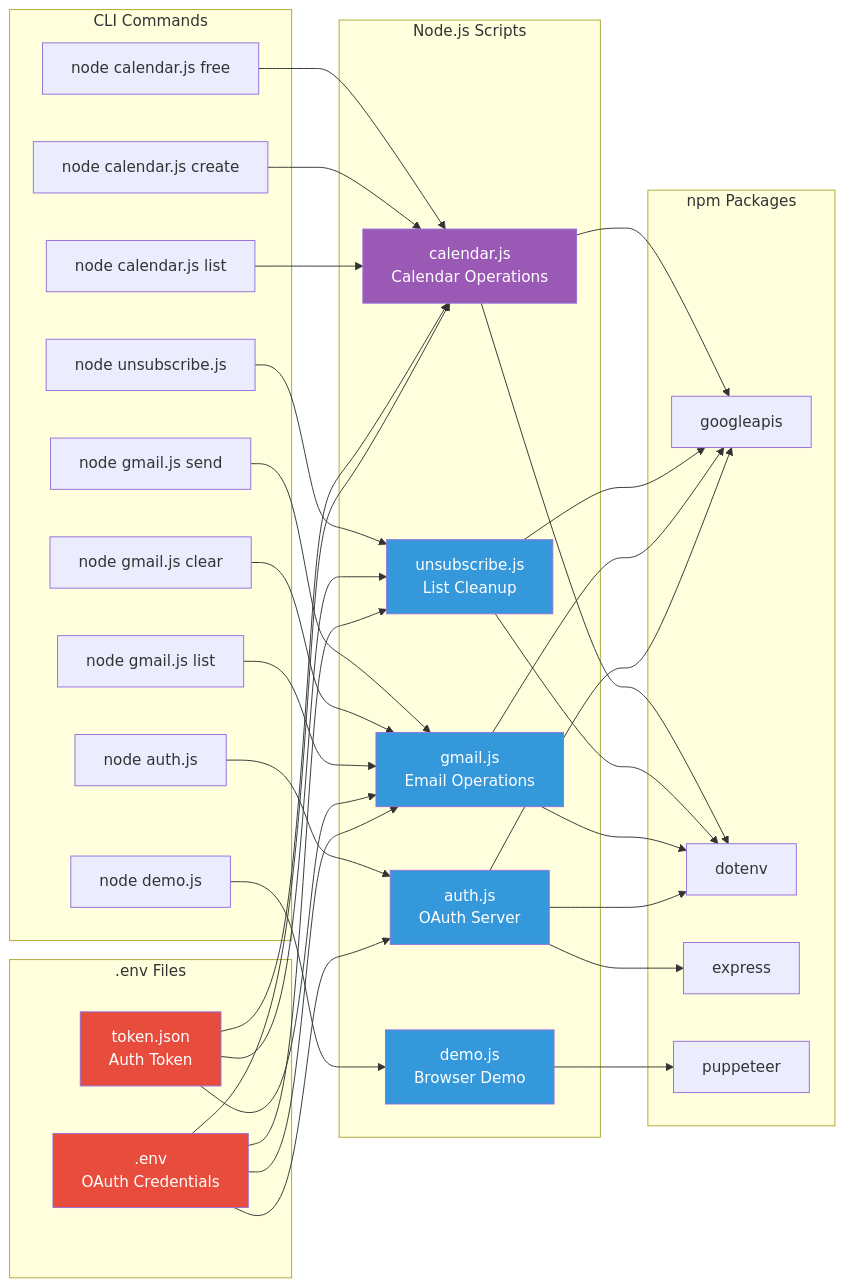
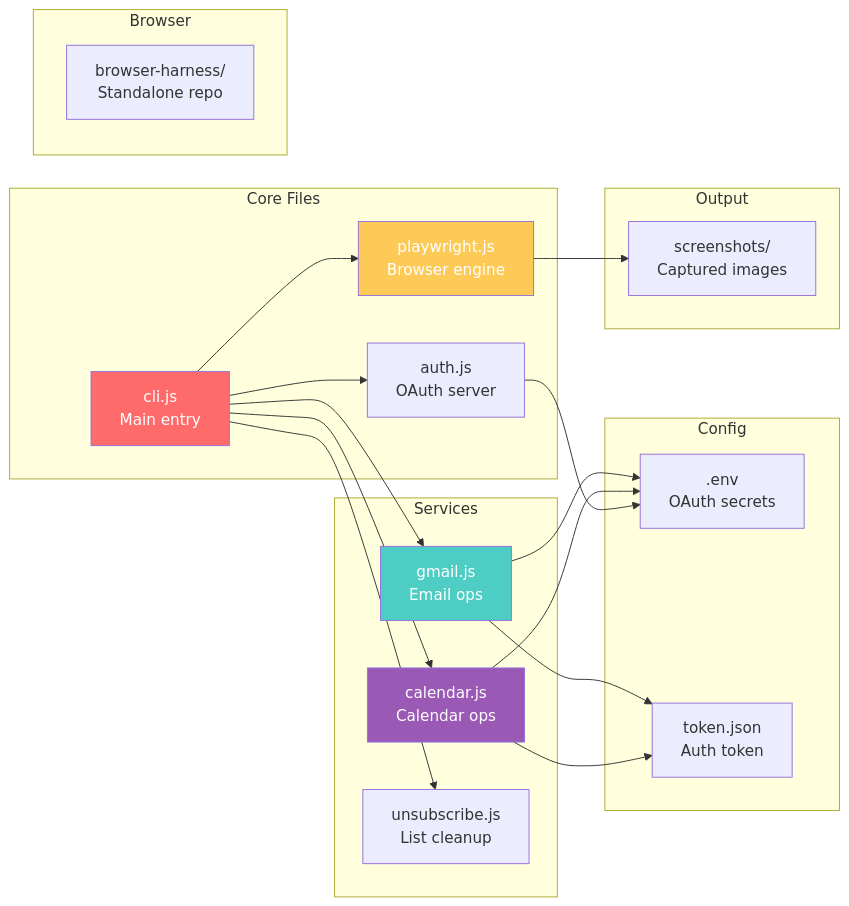
Before and after one commit to marceli1404/system-automation: the second of 2 diagrams in README.md, drawn with Mermaid. The commit also changed other lines of this file and 4 other files, not shown here.

Commit message:
Add Playwright cross-browser support with full CLI

````diff
--- a/README.md
+++ b/README.md
@@ -75,71 +160,44 @@
 ```mermaid
 graph LR
-    subgraph Files[".env Files"]
-        ENV1[.env<br/>OAuth Credentials]
-        ENV2[token.json<br/>Auth Token]
+    subgraph Config["Config"]
+        ENV[.env<br/>OAuth secrets]
+        TOKEN[token.json<br/>Auth token]
     end
 
-    subgraph Scripts["Node.js Scripts"]
-        S1[auth.js<br/>OAuth Server]
-        S2[gmail.js<br/>Email Operations]
-        S3[unsubscribe.js<br/>List Cleanup]
-        S4[demo.js<br/>Browser Demo]
-        S5[calendar.js<br/>Calendar Operations]
+    subgraph Core["Core Files"]
+        CLI[cli.js<br/>Main entry]
+        PW[playwright.js<br/>Browser engine]
+        AUTH[auth.js<br/>OAuth server]
     end
 
-    subgraph Dependencies["npm Packages"]
-        D1[googleapis]
-        D2[dotenv]
-        D3[express]
-        D4[puppeteer]
+    subgraph Services["Services"]
+        GMAIL[gmail.js<br/>Email ops]
+        CAL[calendar.js<br/>Calendar ops]
+        UNSUB[unsubscribe.js<br/>List cleanup]
     end
 
-    subgraph Commands["CLI Commands"]
-        C1[node gmail.js list]
-        C2[node gmail.js clear]
-        C3[node gmail.js send]
-        C4[node unsubscribe.js]
-        C5[node auth.js]
-        C6[node demo.js]
-        C7[node calendar.js list]
-        C8[node calendar.js create]
-        C9[node calendar.js free]
+    subgraph Browser["Browser"]
+        BH[browser-harness/<br/>Standalone repo]
     end
 
-    ENV1 --> S1
-    ENV1 --> S2
-    ENV1 --> S3
-    ENV1 --> S5
-    ENV2 --> S2
-    ENV2 --> S3
-    ENV2 --> S5
+    subgraph Output["Output"]
+        SS[screenshots/<br/>Captured images]
+    end
 
-    S1 --> D1
-    S1 --> D2
-    S1 --> D3
-    S2 --> D1
-    S2 --> D2
-    S3 --> D1
-    S3 --> D2
-    S4 --> D4
-    S5 --> D1
-    S5 --> D2
+    CLI --> PW
+    CLI --> GMAIL
+    CLI --> CAL
+    CLI --> UNSUB
+    CLI --> AUTH
+    PW --> SS
+    GMAIL --> ENV
+    GMAIL --> TOKEN
+    CAL --> ENV
+    CAL --> TOKEN
+    AUTH --> ENV
 
-    C1 --> S2
-    C2 --> S2
-    C3 --> S2
-    C4 --> S3
-    C5 --> S1
-    C6 --> S4
-    C7 --> S5
-    C8 --> S5
-    C9 --> S5
-
-    style ENV1 fill:#e74c3c,color:white
-    style ENV2 fill:#e74c3c,color:white
-    style S1 fill:#3498db,color:white
-    style S2 fill:#3498db,color:white
-    style S3 fill:#3498db,color:white
-    style S4 fill:#3498db,color:white
-    style S5 fill:#9b59b6,color:white
+    style CLI fill:#ff6b6b,color:white
+    style PW fill:#feca57,color:white
+    style GMAIL fill:#4ecdc4,color:white
+    style CAL fill:#9b59b6,color:white
 ```
````
